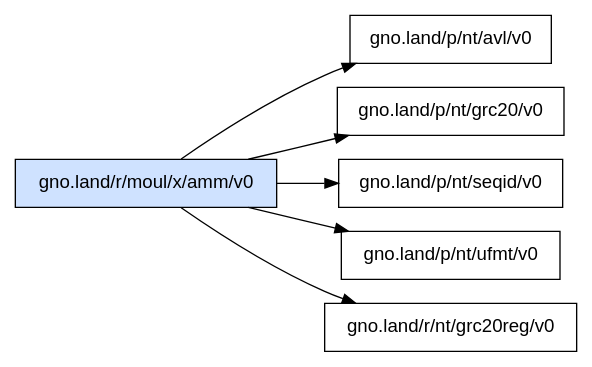
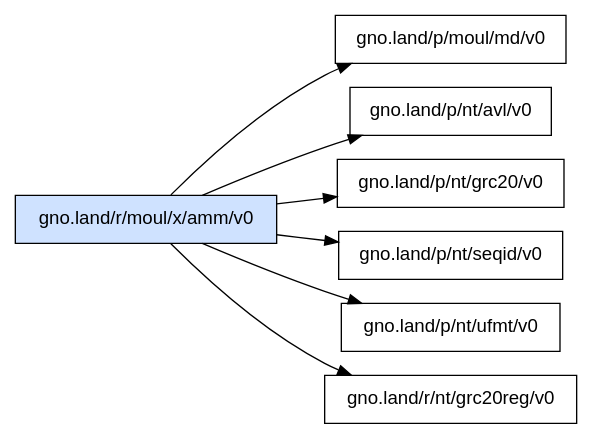
One commit to moul/gno-contracts changed the diagram in _assets/gno.land/r/moul/x/amm/v0/deps.dot. Above: the diagram before and after it, drawn with Graphviz. The commit also changed 31 other files, not shown here.

Commit message:
chore: regenerate catalog, graphs and on-chain status [skip ci]

```diff
--- a/_assets/gno.land/r/moul/x/amm/v0/deps.dot
+++ b/_assets/gno.land/r/moul/x/amm/v0/deps.dot
@@ -1,10 +1,11 @@
 digraph deps {
   rankdir=LR;
   node [shape=box, fontname="sans-serif"];
   "gno.land/r/moul/x/amm/v0" [style=filled, fillcolor="#cfe2ff"];
+  "gno.land/r/moul/x/amm/v0" -> "gno.land/p/moul/md/v0";
   "gno.land/r/moul/x/amm/v0" -> "gno.land/p/nt/avl/v0";
   "gno.land/r/moul/x/amm/v0" -> "gno.land/p/nt/grc20/v0";
   "gno.land/r/moul/x/amm/v0" -> "gno.land/p/nt/seqid/v0";
   "gno.land/r/moul/x/amm/v0" -> "gno.land/p/nt/ufmt/v0";
   "gno.land/r/moul/x/amm/v0" -> "gno.land/r/nt/grc20reg/v0";
 }
```
